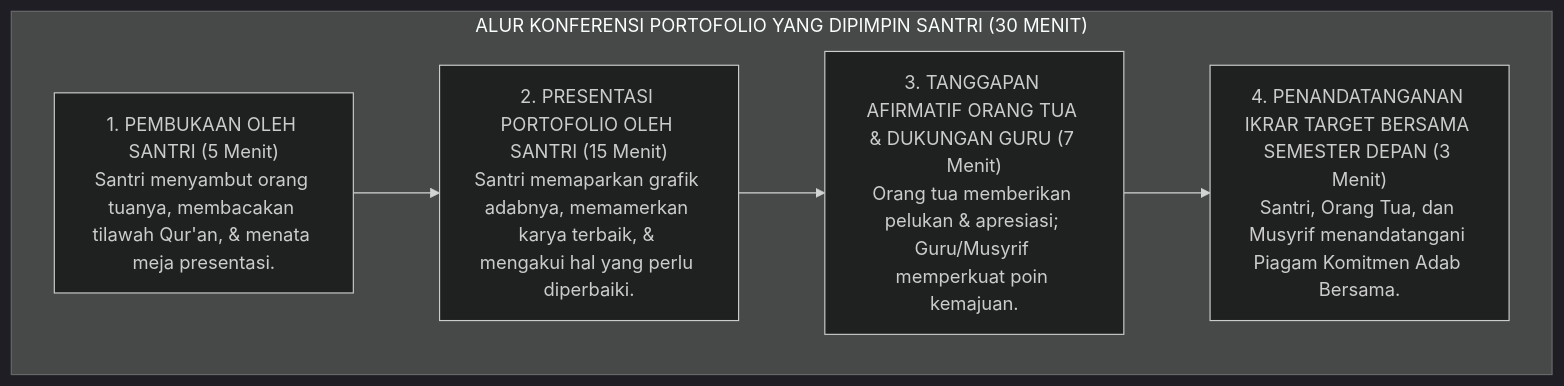
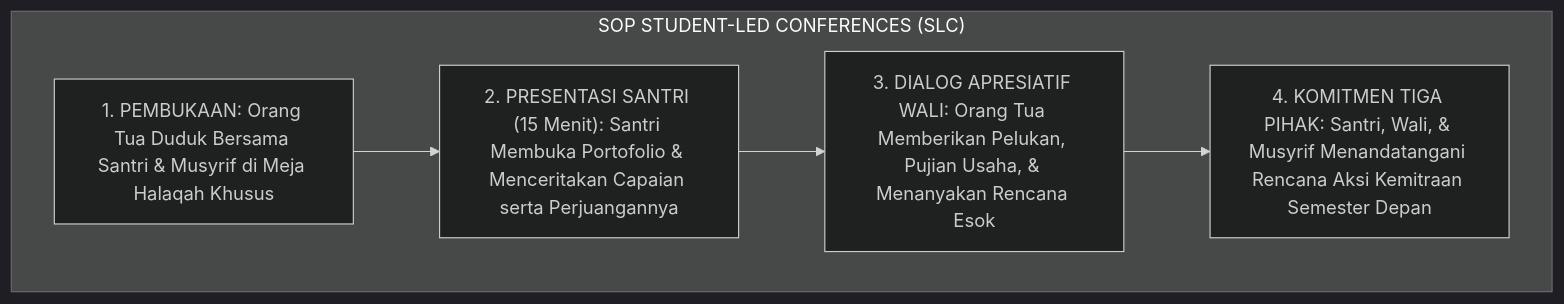
Before and after one commit to wandiapriliyandi/tumbuh: the third of 3 diagrams in 02 Principles/05 Assessment Principles/P2-05-04-Prinsip-Portofolio-Pertumbuhan-Formatif.md, drawn with Mermaid (dark theme). The commit also changed other lines of this file and 6 other files, not shown here.

````diff
--- a/02 Principles/05 Assessment Principles/P2-05-04-Prinsip-Portofolio-Pertumbuhan-Formatif.md
+++ b/02 Principles/05 Assessment Principles/P2-05-04-Prinsip-Portofolio-Pertumbuhan-Formatif.md
@@ -143,14 +185,9 @@
 ```mermaid
 flowchart TD
-    subgraph AlurStudentLedConferences["ALUR KONFERENSI PORTOFOLIO YANG DIPIMPIN SANTRI (30 MENIT)"]
-        Fase1["1. PEMBUKAAN OLEH SANTRI (5 Menit)<br/>Santri menyambut orang tuanya, membacakan tilawah Qur'an, & menata meja presentasi."]
-        
-        Fase2["2. PRESENTASI PORTOFOLIO OLEH SANTRI (15 Menit)<br/>Santri memaparkan grafik adabnya, memamerkan karya terbaik, & mengakui hal yang perlu diperbaiki."]
-        
-        Fase3["3. TANGGAPAN AFIRMATIF ORANG TUA & DUKUNGAN GURU (7 Menit)<br/>Orang tua memberikan pelukan & apresiasi; Guru/Musyrif memperkuat poin kemajuan."]
-        
-        Fase4["4. PENANDATANGANAN IKRAR TARGET BERSAMA SEMESTER DEPAN (3 Menit)<br/>Santri, Orang Tua, dan Musyrif menandatangani Piagam Komitmen Adab Bersama."]
-        
-        Fase1 --> Fase2 --> Fase3 --> Fase4
+    subgraph SOPStudentLedConference["SOP STUDENT-LED CONFERENCES (SLC)"]
+        PembukaanHalaqah["1. PEMBUKAAN: Orang Tua Duduk Bersama Santri & Musyrif di Meja Halaqah Khusus"]
+        --> PresentasiSantri["2. PRESENTASI SANTRI (15 Menit): Santri Membuka Portofolio & Menceritakan Capaian serta Perjuangannya"]
+        --> ApresiasiDialogWali["3. DIALOG APRESIATIF WALI: Orang Tua Memberikan Pelukan, Pujian Usaha, & Menanyakan Rencana Esok"]
+        --> PenandatangananKomitmen["4. KOMITMEN TIGA PIHAK: Santri, Wali, & Musyrif Menandatangani Rencana Aksi Kemitraan Semester Depan"]
     end
 ```
````
